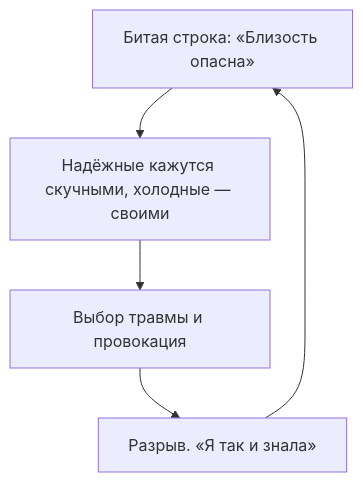
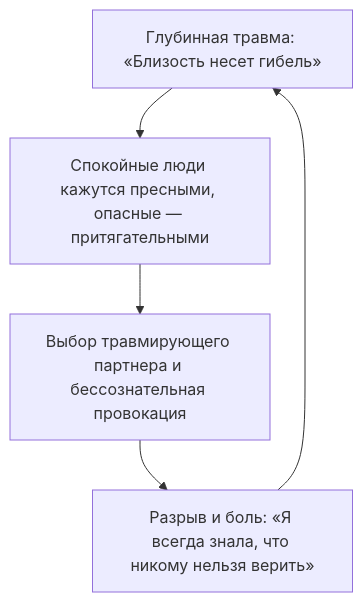
The diagram in root/14-bug-nature/ru.mdx (GTFB/threebooks), drawn with Mermaid before and after one commit. The commit also changed other lines of this file and 40 other files, not shown here.

````diff
--- a/root/14-bug-nature/ru.mdx
+++ b/root/14-bug-nature/ru.mdx
@@ -67,7 +67,7 @@
 ```mermaid
 flowchart TD
-  Bug["Битая строка: «Близость опасна»"] --> Perception["Надёжные кажутся скучными, холодные — своими"]
-  Perception --> Action["Выбор травмы и провокация"]
-  Action --> Confirm["Разрыв. «Я так и знала»"]
+  Bug["Глубинная травма: «Близость несет гибель»"] --> Perception["Спокойные люди кажутся пресными, опасные — притягательными"]
+  Perception --> Action["Выбор травмирующего партнера и бессознательная провокация"]
+  Action --> Confirm["Разрыв и боль: «Я всегда знала, что никому нельзя верить»"]
   Confirm --> Bug
 ```
````
